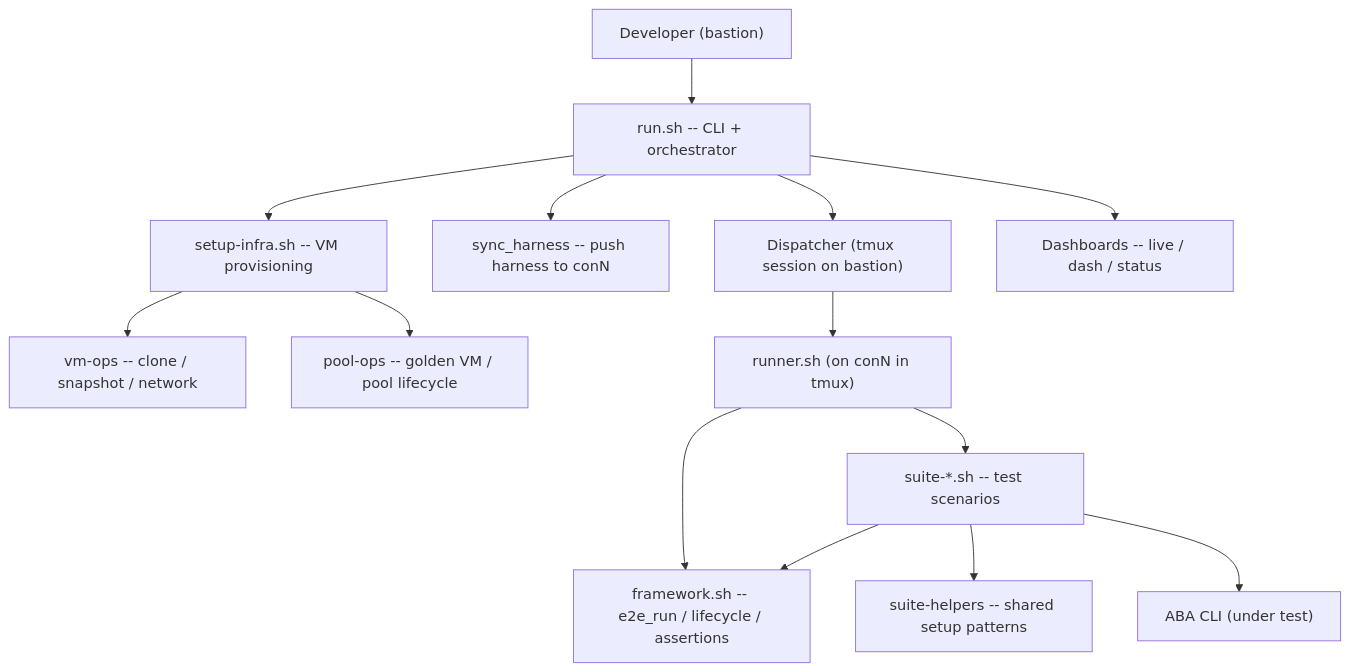
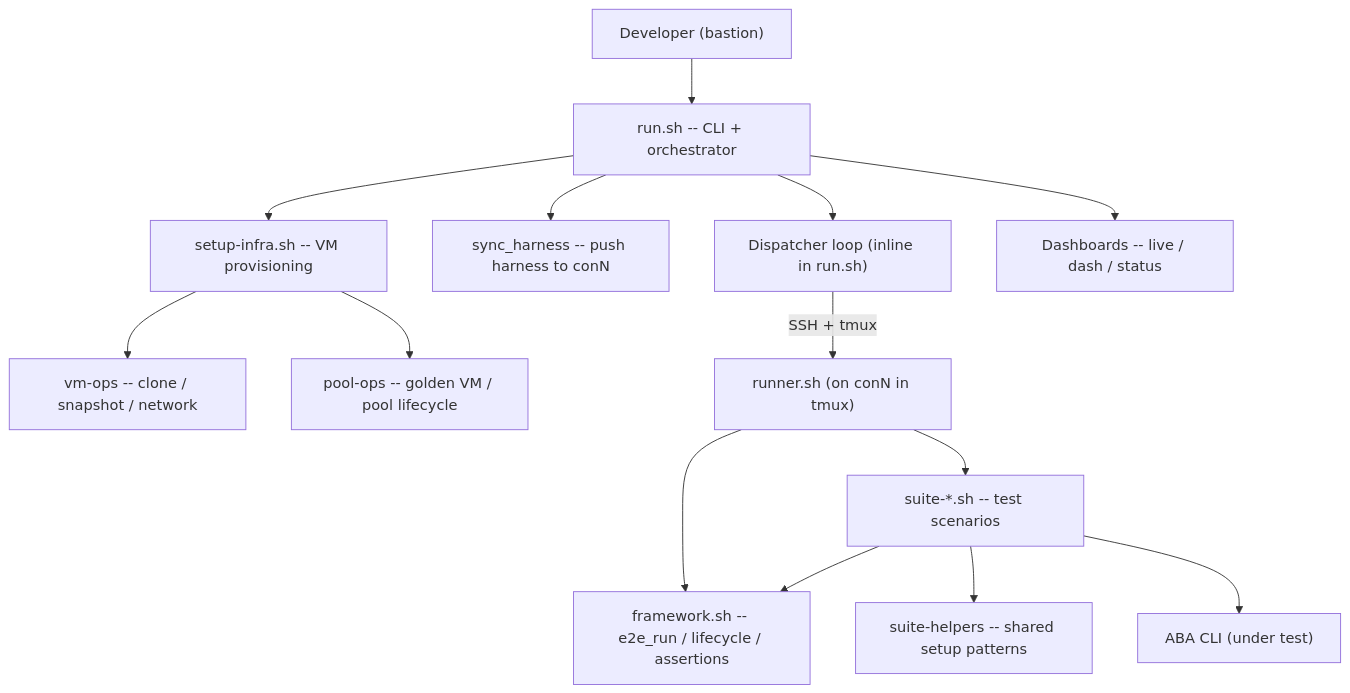
One commit to sjbylo/aba changed the first of 3 diagrams in test/e2e/v2/dev/SPEC.md. Above: the diagram before and after it, drawn with Mermaid. The commit also changed other lines of this file and 9 other files, not shown here.

First line of the commit message:
E2E v2: deep review fixes, full clone_vm, runner self-SSH guard

````diff
--- a/test/e2e/v2/dev/SPEC.md
+++ b/test/e2e/v2/dev/SPEC.md
@@ -261,18 +263,18 @@
 ```mermaid
 flowchart TD
     Dev["Developer (bastion)"] --> RunSh["run.sh -- CLI + orchestrator"]
     RunSh --> InfraSh["setup-infra.sh -- VM provisioning"]
     RunSh --> Deploy["sync_harness -- push harness to conN"]
-    RunSh --> TmuxDisp["Dispatcher (tmux session on bastion)"]
+    RunSh --> DispLoop["Dispatcher loop (inline in run.sh)"]
     RunSh --> UI["Dashboards -- live / dash / status"]
 
     InfraSh --> VMOps["vm-ops -- clone / snapshot / network"]
     InfraSh --> PoolOps["pool-ops -- golden VM / pool lifecycle"]
 
-    TmuxDisp --> Runner["runner.sh (on conN in tmux)"]
+    DispLoop -->|"SSH + tmux"| Runner["runner.sh (on conN in tmux)"]
     Runner --> Framework["framework.sh -- e2e_run / lifecycle / assertions"]
     Runner --> Suite["suite-*.sh -- test scenarios"]
     Suite --> Framework
     Suite --> SuiteHelpers["suite-helpers -- shared setup patterns"]
     Suite --> ABA["ABA CLI (under test)"]
 ```
````
